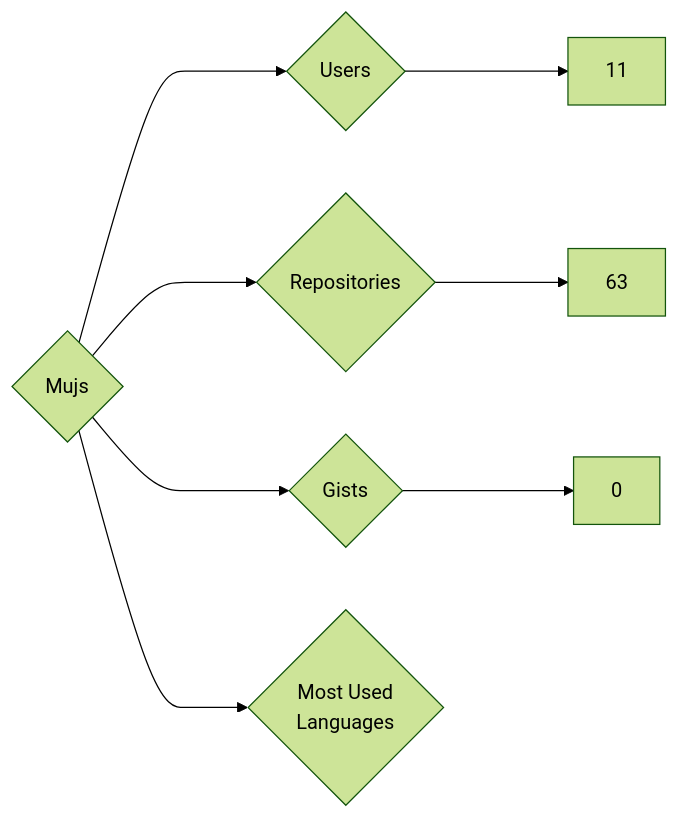
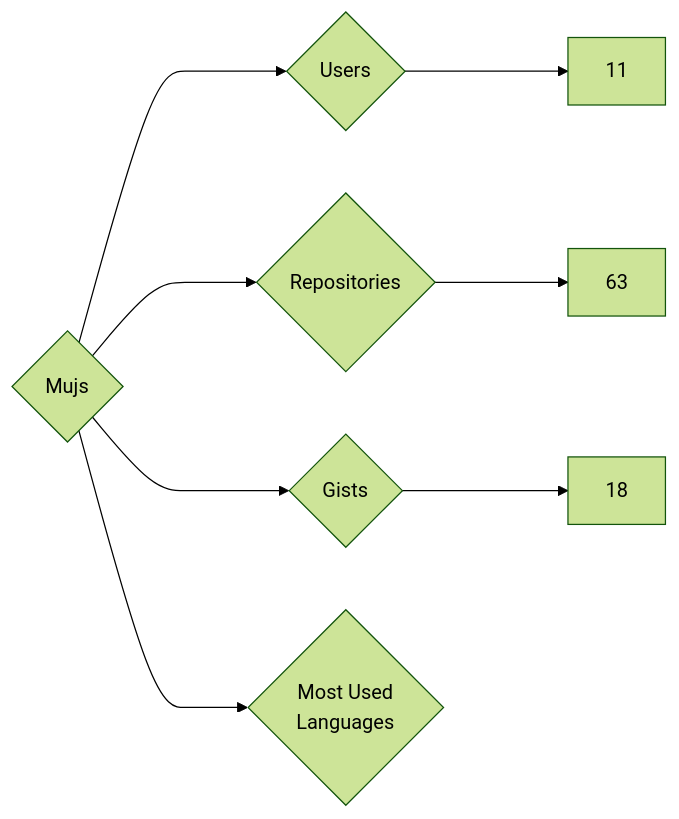
The diagram in targets/Mujs/README.md (nenadzaric/insiders), drawn with Mermaid (forest theme) before and after one commit. The commit also changed 1342 other files, not shown here.

````diff
--- a/targets/Mujs/README.md
+++ b/targets/Mujs/README.md
@@ -3,8 +3,8 @@
 ```mermaid
 graph LR
 COMPANY_NAME{Mujs}
 COMPANY_NAME ---> U{Users} ---> UN[11]
 COMPANY_NAME ---> R{Repositories} ---> RN[63]
-COMPANY_NAME ---> G{Gists} ---> GN[0]
+COMPANY_NAME ---> G{Gists} ---> GN[18]
 COMPANY_NAME ---> ML{Most Used<br>Languages}
 ```
````
